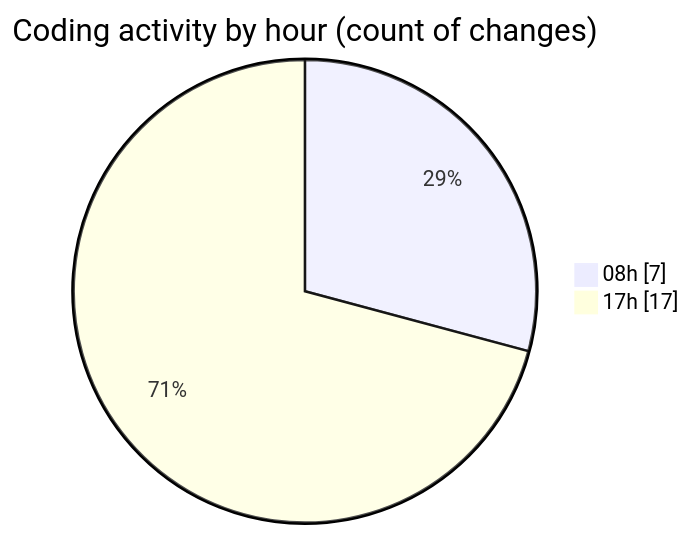
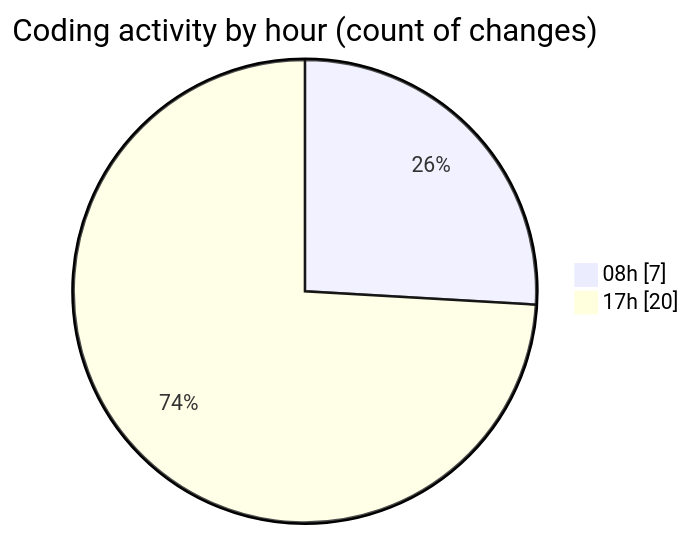
The second of 2 diagrams in 2025-02-06/mbc-web/README.md (robertbonfada/code-tracking), drawn with Mermaid before and after one commit. The commit also changed other lines of this file and 1 other file, not shown here.

````diff
--- a/2025-02-06/mbc-web/README.md
+++ b/2025-02-06/mbc-web/README.md
@@ -33,6 +33,6 @@
 ```mermaid
 pie showData
 title Coding activity by hour (count of changes)
 "08h" : 7
-"17h" : 17
+"17h" : 20
 ```
````
